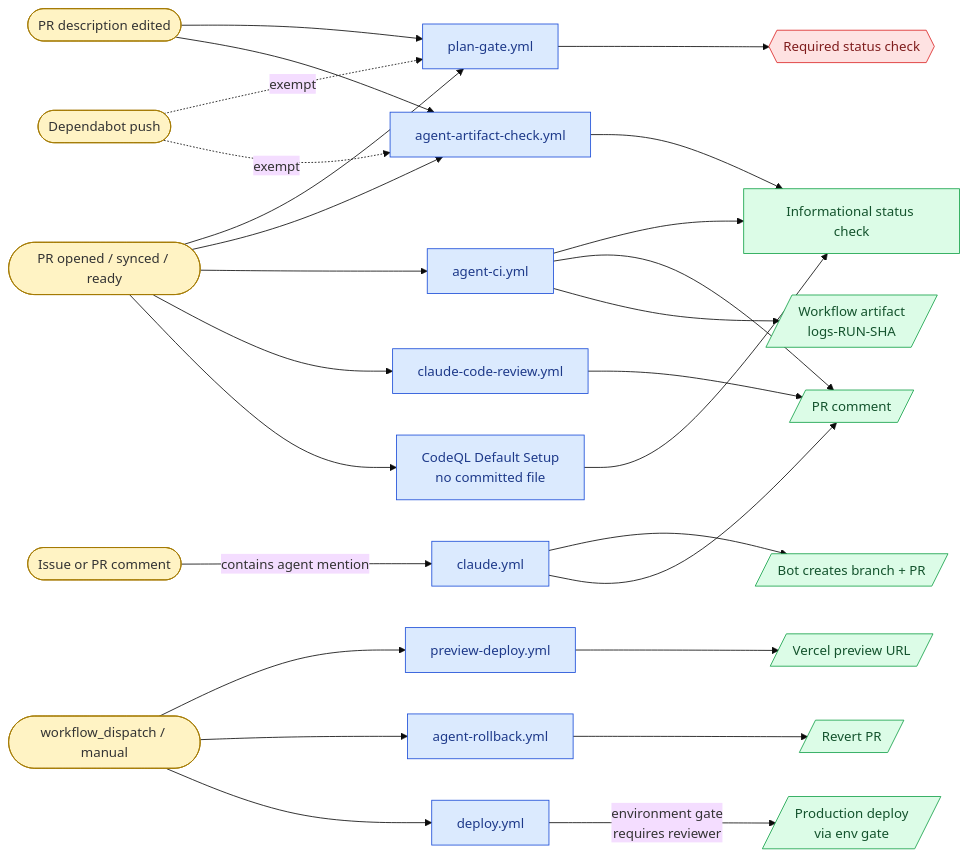
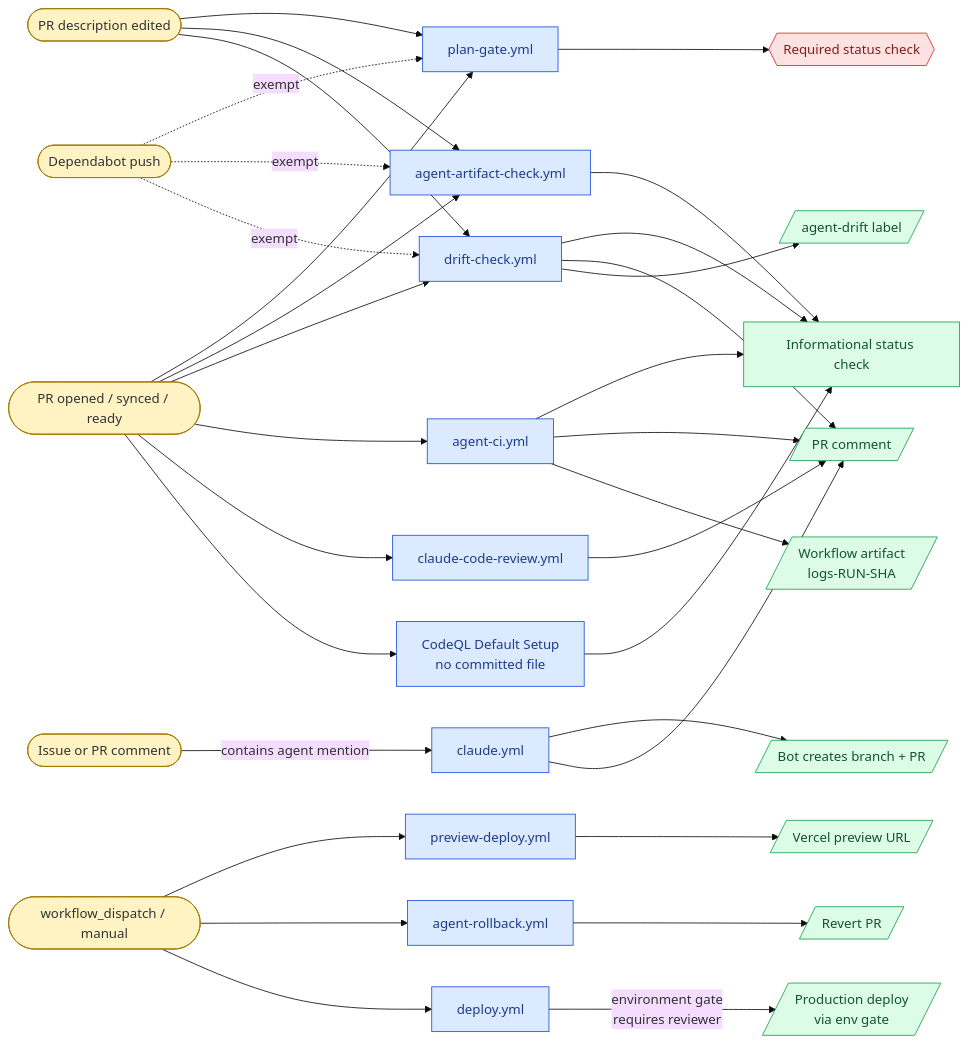
One commit to lpt-labs/london-premium-transfers changed the first of 2 diagrams in docs/WORKFLOWS.md. Above: the diagram before and after it, drawn with Mermaid (base theme). The commit also changed other lines of this file and 1 other file, not shown here.

Commit message:
ci: add drift-check workflow
Adds .github/workflows/drift-check.yml and documents it in docs/WORKFLOWS.md (flowchart + sequence diagram + per-workflow table row + dependabot-exemption note). Two-job split: read-only `check` computes drift via scripts/check-drift.ts; elevated `report` job posts a find-or-update PR comment and toggles the `agent-drift` label. Always exits 0 — informational only on day one, mirroring agent-artifact-check.yml's soft-rollout posture.

````diff
--- a/docs/WORKFLOWS.md
+++ b/docs/WORKFLOWS.md
@@ -9,66 +9,75 @@
 ```mermaid
 flowchart LR
     %% Triggers
     PR_OPEN([PR opened / synced / ready])
     PR_BODY_EDIT([PR description edited])
     COMMENT([Issue or PR comment])
     DISPATCH([workflow_dispatch / manual])
     DEPENDABOT([Dependabot push])
 
     %% Workflows
     PLAN_GATE[plan-gate.yml]
     ARTIFACT_CHECK[agent-artifact-check.yml]
+    DRIFT[drift-check.yml]
     AGENT_CI[agent-ci.yml]
     CLAUDE[claude.yml]
     CLAUDE_REVIEW[claude-code-review.yml]
     PREVIEW[preview-deploy.yml]
     ROLLBACK[agent-rollback.yml]
     DEPLOY[deploy.yml]
     CODEQL[CodeQL Default Setup<br/>no committed file]
 
     %% Outputs
     REQUIRED_CHECK{{Required status check}}
     INFO_CHECK[Informational status check]
     PR_COMMENT[/PR comment/]
+    LABEL_DRIFT[/agent-drift label/]
     ARTIFACT[/Workflow artifact<br/>logs-RUN-SHA/]
     BOT_PR[/Bot creates branch + PR/]
     VERCEL_PREVIEW[/Vercel preview URL/]
     PROD_DEPLOY[/Production deploy<br/>via env gate/]
     REVERT_PR[/Revert PR/]
 
     %% Edges
     PR_OPEN --> PLAN_GATE --> REQUIRED_CHECK
     PR_BODY_EDIT --> PLAN_GATE
     DEPENDABOT -.exempt.-> PLAN_GATE
 
     PR_OPEN --> ARTIFACT_CHECK --> INFO_CHECK
     PR_BODY_EDIT --> ARTIFACT_CHECK
     DEPENDABOT -.exempt.-> ARTIFACT_CHECK
+
+    PR_OPEN --> DRIFT
+    PR_BODY_EDIT --> DRIFT
+    DEPENDABOT -.exempt.-> DRIFT
+    DRIFT --> INFO_CHECK
+    DRIFT --> PR_COMMENT
+    DRIFT --> LABEL_DRIFT
 
     PR_OPEN --> AGENT_CI
     AGENT_CI --> INFO_CHECK
     AGENT_CI --> PR_COMMENT
     AGENT_CI --> ARTIFACT
 
     PR_OPEN --> CLAUDE_REVIEW --> PR_COMMENT
     PR_OPEN --> CODEQL --> INFO_CHECK
 
     COMMENT -->|contains agent mention| CLAUDE
     CLAUDE --> BOT_PR
     CLAUDE --> PR_COMMENT
 
     DISPATCH --> PREVIEW --> VERCEL_PREVIEW
     DISPATCH --> ROLLBACK --> REVERT_PR
     DISPATCH --> DEPLOY
     DEPLOY -->|environment gate<br/>requires reviewer| PROD_DEPLOY
 
     classDef trigger fill:#fff3c4,stroke:#a47900,color:#333
     classDef workflow fill:#dbeafe,stroke:#1d4ed8,color:#1e3a8a
     classDef output fill:#dcfce7,stroke:#16a34a,color:#14532d
     classDef gate fill:#fee2e2,stroke:#dc2626,color:#7f1d1d
 
     class PR_OPEN,PR_BODY_EDIT,COMMENT,DISPATCH,DEPENDABOT trigger
-    class PLAN_GATE,ARTIFACT_CHECK,AGENT_CI,CLAUDE,CLAUDE_REVIEW,PREVIEW,ROLLBACK,DEPLOY,CODEQL workflow
-    class PR_COMMENT,ARTIFACT,BOT_PR,VERCEL_PREVIEW,PROD_DEPLOY,REVERT_PR,INFO_CHECK output
+    class PLAN_GATE,ARTIFACT_CHECK,DRIFT,AGENT_CI,CLAUDE,CLAUDE_REVIEW,PREVIEW,ROLLBACK,DEPLOY,CODEQL workflow
+    class PR_COMMENT,LABEL_DRIFT,ARTIFACT,BOT_PR,VERCEL_PREVIEW,PROD_DEPLOY,REVERT_PR,INFO_CHECK output
     class REQUIRED_CHECK gate
 ```
````
